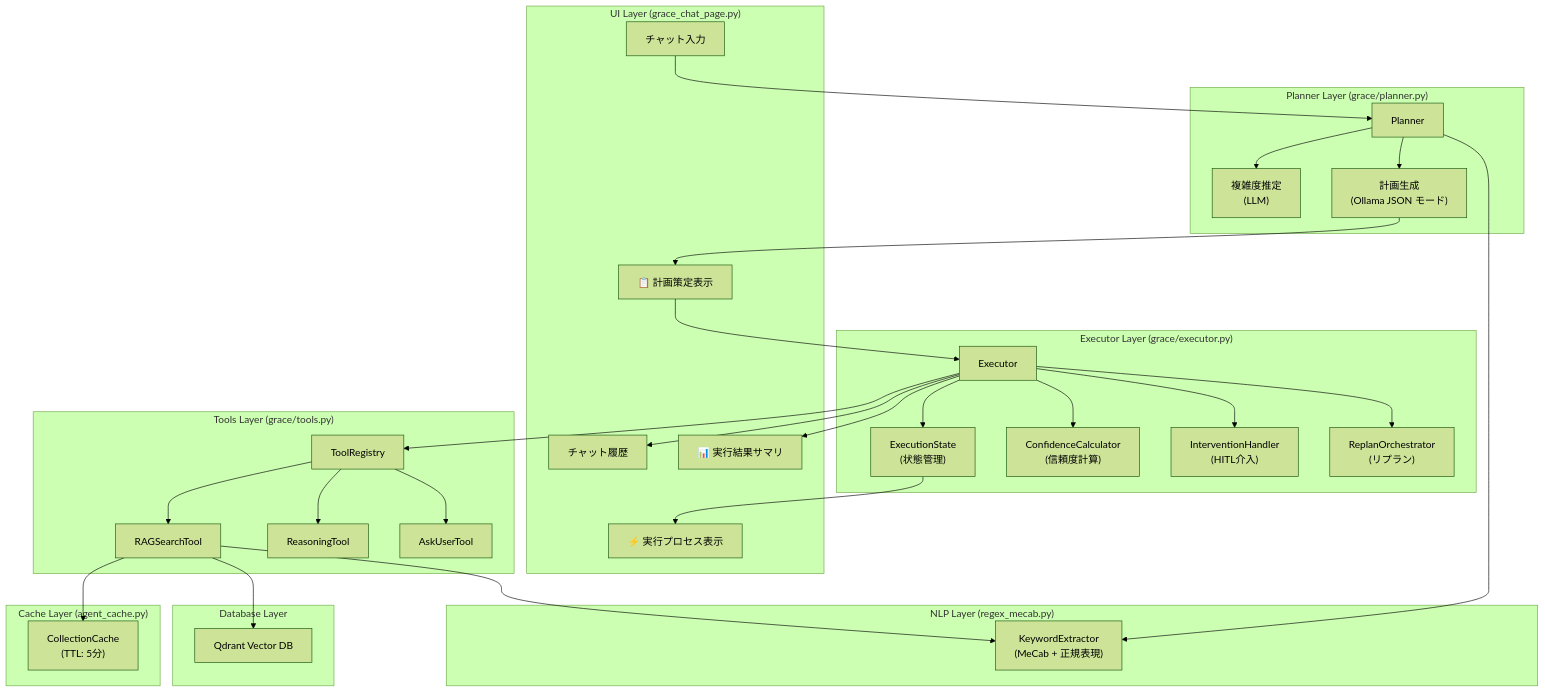
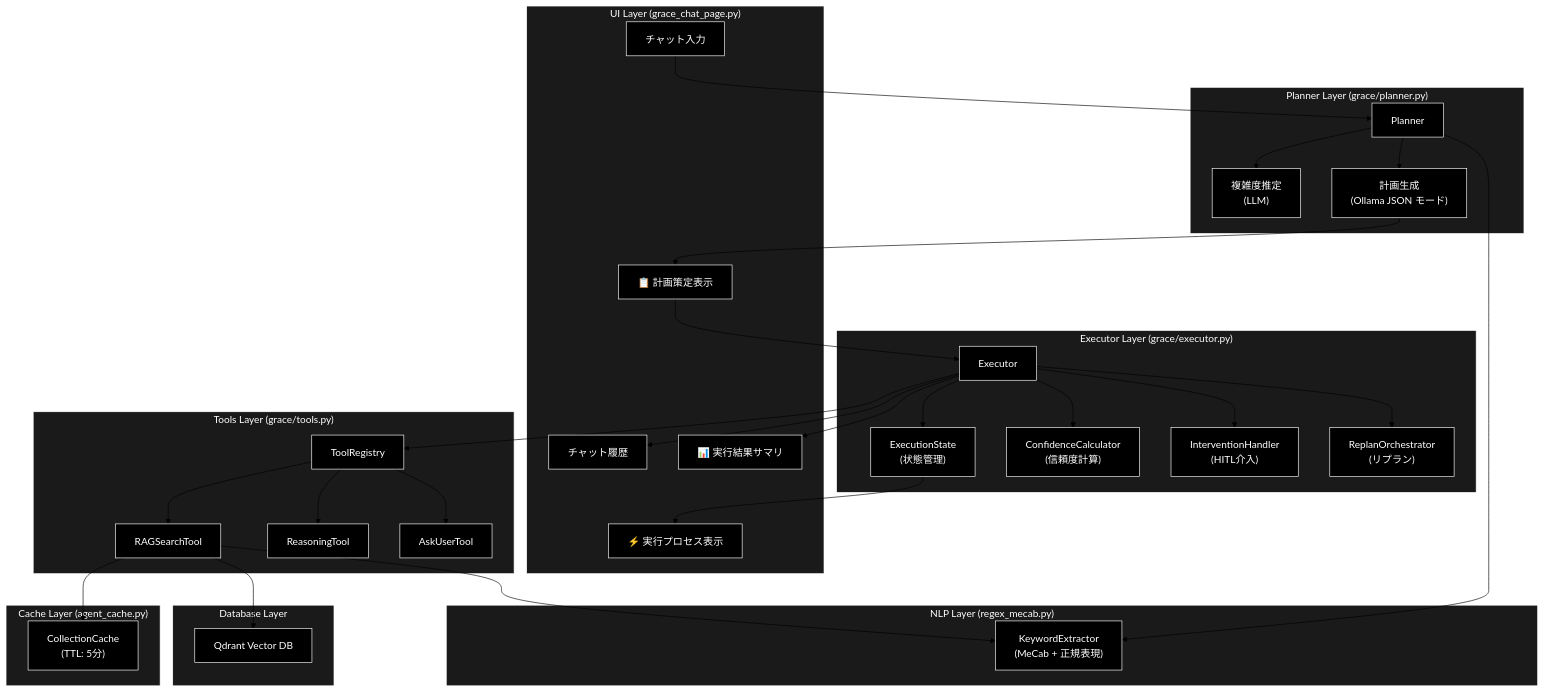
The first of 13 diagrams in README.md (nakashima2toshio/ollama_grace_agent_v2), drawn with Mermaid (forest theme) before and after one commit. The commit also changed other lines of this file, not shown here.

First line of the commit message:
docs(README): apply mandatory black-bg Mermaid style + fix grace_chat_page.py refs

````diff
--- a/README.md
+++ b/README.md
@@ -100,64 +100,74 @@
 ```mermaid
 flowchart TB
     subgraph UI["UI Layer (grace_chat_page.py)"]
         ChatInput["チャット入力"]
         ChatHistory["チャット履歴"]
         PlanView["📋 計画策定表示"]
         ExecView["⚡ 実行プロセス表示"]
         ResultView["📊 実行結果サマリ"]
     end
 
     subgraph Planner_Layer["Planner Layer (grace/planner.py)"]
         Planner["Planner"]
         ComplexityEstimator["複雑度推定<br/>(LLM)"]
         PlanGeneration["計画生成<br/>(Ollama JSON モード)"]
     end
 
     subgraph Executor_Layer["Executor Layer (grace/executor.py)"]
         Executor["Executor"]
         StateManager["ExecutionState<br/>(状態管理)"]
         ConfCalc["ConfidenceCalculator<br/>(信頼度計算)"]
         IntHandler["InterventionHandler<br/>(HITL介入)"]
         ReplanOrch["ReplanOrchestrator<br/>(リプラン)"]
     end
 
     subgraph Tools["Tools Layer (grace/tools.py)"]
         ToolRegistry["ToolRegistry"]
         RAGSearch["RAGSearchTool"]
         Reasoning["ReasoningTool"]
         AskUser["AskUserTool"]
     end
 
     subgraph Cache["Cache Layer (agent_cache.py)"]
         CollectionCache["CollectionCache<br/>(TTL: 5分)"]
     end
 
     subgraph NLP["NLP Layer (regex_mecab.py)"]
         KeywordExtractor["KeywordExtractor<br/>(MeCab + 正規表現)"]
     end
 
     subgraph DB["Database Layer"]
         Qdrant["Qdrant Vector DB"]
     end
 
     ChatInput --> Planner
     Planner --> ComplexityEstimator
     Planner --> PlanGeneration
     PlanGeneration --> PlanView
     PlanView --> Executor
     Executor --> StateManager
     Executor --> ConfCalc
     Executor --> IntHandler
     Executor --> ReplanOrch
     Executor --> ToolRegistry
     ToolRegistry --> RAGSearch
     ToolRegistry --> Reasoning
     ToolRegistry --> AskUser
     RAGSearch --> CollectionCache
     RAGSearch --> Qdrant
     Planner --> KeywordExtractor
     RAGSearch --> KeywordExtractor
     StateManager --> ExecView
     Executor --> ResultView
     Executor --> ChatHistory
+classDef default fill:#000,stroke:#fff,color:#fff
+classDef subgraphStyle fill:#1a1a1a,stroke:#fff,color:#fff
+class ChatInput,ChatHistory,PlanView,ExecView,ResultView,Planner,ComplexityEstimator,PlanGeneration,Executor,StateManager,ConfCalc,IntHandler,ReplanOrch,ToolRegistry,RAGSearch,Reasoning,AskUser,CollectionCache,KeywordExtractor,Qdrant default
+style UI fill:#1a1a1a,stroke:#fff,color:#fff
+style Planner_Layer fill:#1a1a1a,stroke:#fff,color:#fff
+style Executor_Layer fill:#1a1a1a,stroke:#fff,color:#fff
+style Tools fill:#1a1a1a,stroke:#fff,color:#fff
+style Cache fill:#1a1a1a,stroke:#fff,color:#fff
+style NLP fill:#1a1a1a,stroke:#fff,color:#fff
+style DB fill:#1a1a1a,stroke:#fff,color:#fff
 ```
````
